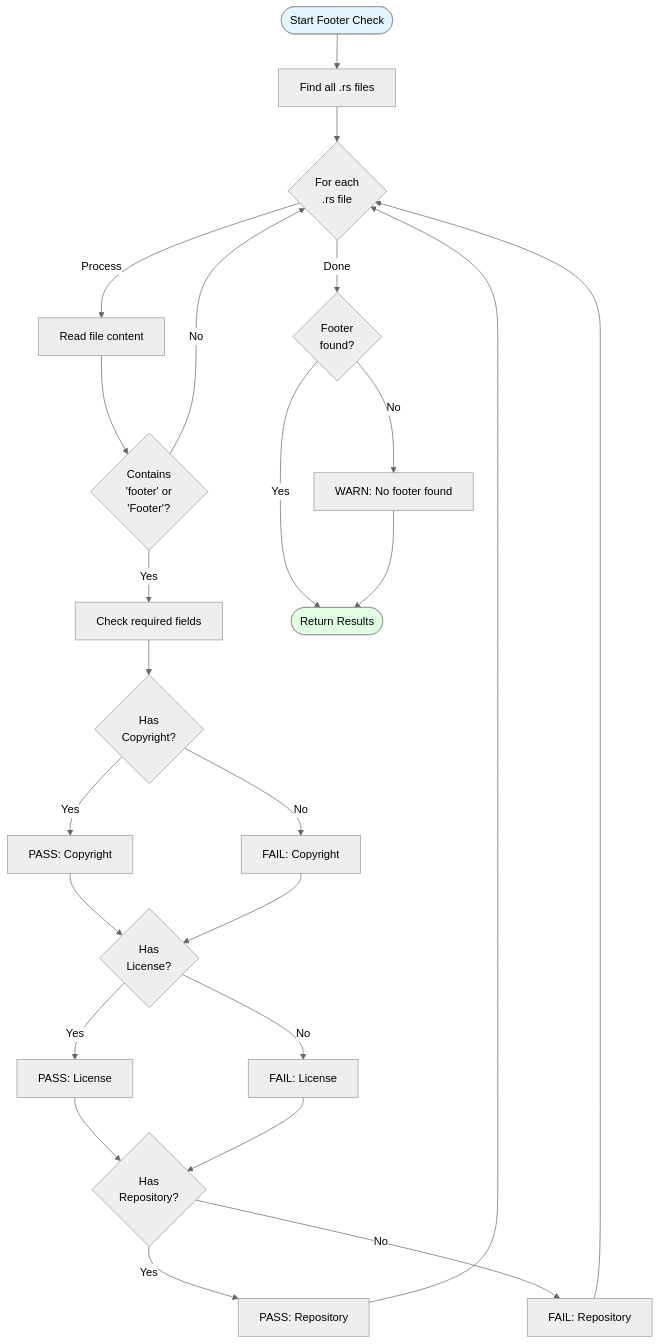
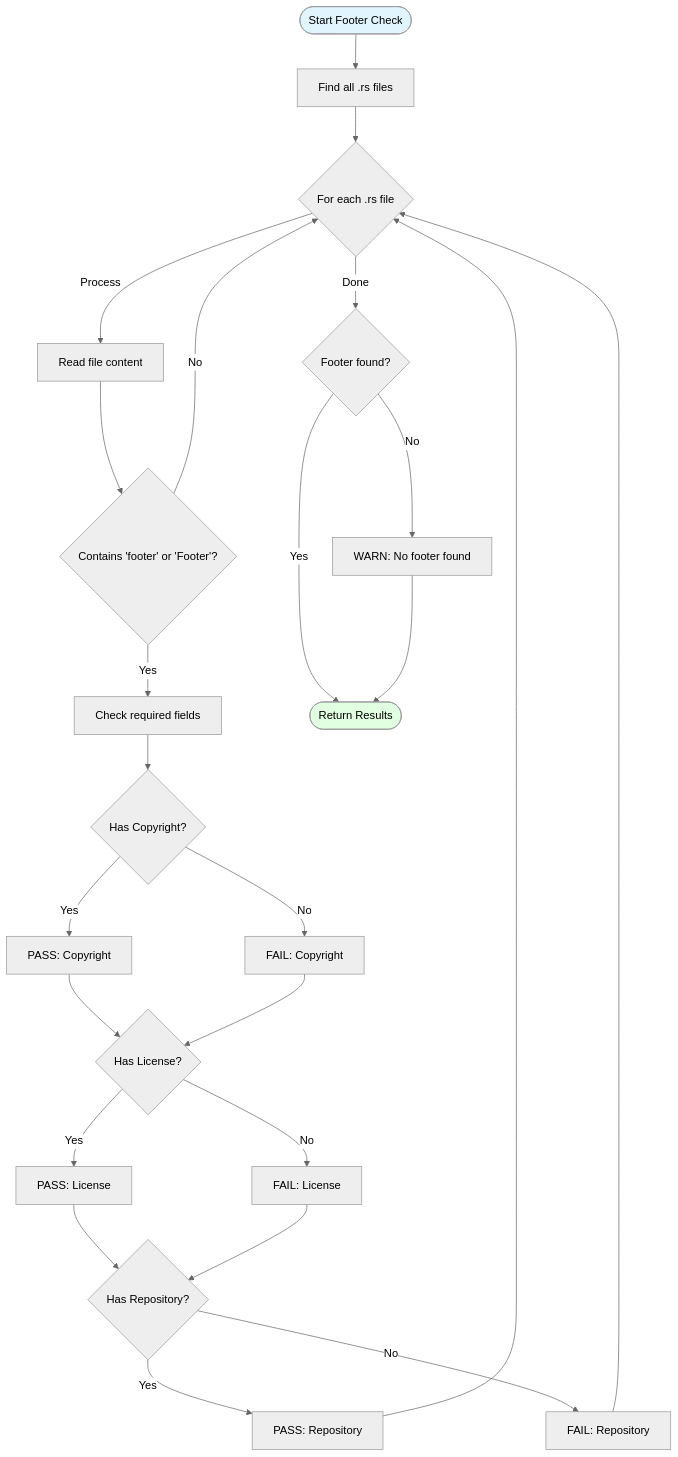
Before and after one commit to softwarewrighter/sw-checklist: the second of 3 diagrams in wiki/WASM-Checks.md, drawn with Mermaid (neutral theme). The commit also changed 7 other files, not shown here.

````diff
--- a/wiki/WASM-Checks.md
+++ b/wiki/WASM-Checks.md
@@ -145,40 +145,40 @@
 ```mermaid
 flowchart TD
     Start([Start Footer Check]) --> FindRS[Find all .rs files]
-    FindRS --> LoopFiles{For each<br/>.rs file}
+    FindRS --> LoopFiles{For each .rs file}
 
     LoopFiles -->|Process| ReadFile[Read file content]
-    LoopFiles -->|Done| CheckFound{Footer<br/>found?}
+    LoopFiles -->|Done| CheckFound{Footer found?}
 
-    ReadFile --> SearchFooter{Contains<br/>'footer' or<br/>'Footer'?}
+    ReadFile --> SearchFooter{Contains 'footer' or 'Footer'?}
 
     SearchFooter -->|Yes| CheckFields[Check required fields]
     SearchFooter -->|No| LoopFiles
 
-    CheckFields --> CheckCopy{Has<br/>Copyright?}
+    CheckFields --> CheckCopy{Has Copyright?}
     CheckCopy -->|Yes| PassCopy[PASS: Copyright]
     CheckCopy -->|No| FailCopy[FAIL: Copyright]
 
-    PassCopy --> CheckLic{Has<br/>License?}
+    PassCopy --> CheckLic{Has License?}
     FailCopy --> CheckLic
 
     CheckLic -->|Yes| PassLic[PASS: License]
     CheckLic -->|No| FailLic[FAIL: License]
 
-    PassLic --> CheckRepo{Has<br/>Repository?}
+    PassLic --> CheckRepo{Has Repository?}
     FailLic --> CheckRepo
 
     CheckRepo -->|Yes| PassRepo[PASS: Repository]
     CheckRepo -->|No| FailRepo[FAIL: Repository]
 
     PassRepo --> LoopFiles
     FailRepo --> LoopFiles
 
     CheckFound -->|Yes| Return([Return Results])
     CheckFound -->|No| WarnNoFooter[WARN: No footer found]
 
     WarnNoFooter --> Return
 
     style Start fill:#e1f5ff
     style Return fill:#e1ffe1
 ```
````
